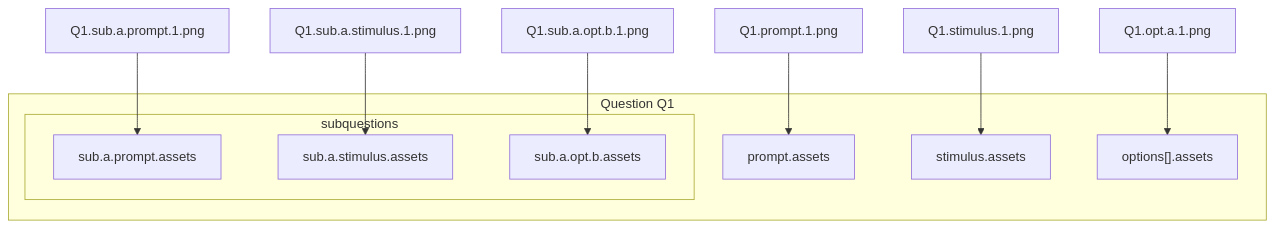
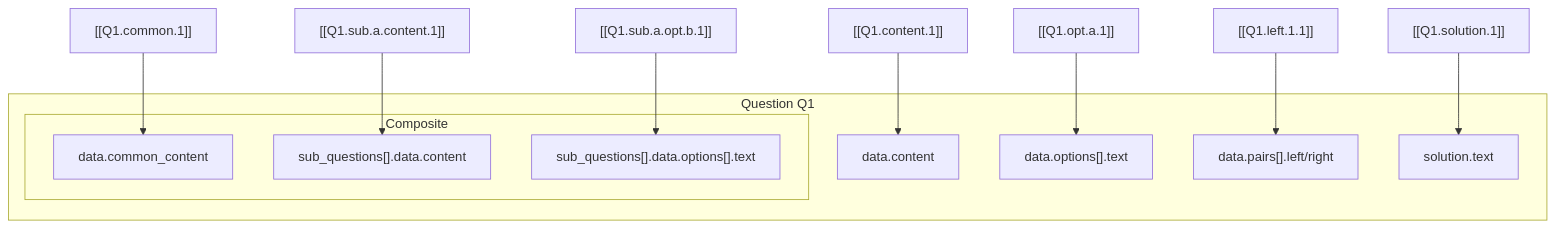
Before and after one commit to abhishekbiswas/AssessmentGenerator: the first of 2 diagrams in docs/image-tagging-strategy.md, drawn with Mermaid. The commit also changed other lines of this file and 2 other files, not shown here.

Commit message:
moving to new schema

````diff
--- a/docs/image-tagging-strategy.md
+++ b/docs/image-tagging-strategy.md
@@ -39,21 +48,24 @@
 ```mermaid
 graph TD
     subgraph question [Question Q1]
-        P["prompt.assets"]
-        S["stimulus.assets"]
-        O["options[].assets"]
+        C["data.content"]
+        O["data.options[].text"]
+        P["data.pairs[].left/right"]
         
-        subgraph subq [subquestions]
-            SP["sub.a.prompt.assets"]
-            SS["sub.a.stimulus.assets"]
-            SO["sub.a.opt.b.assets"]
+        subgraph composite [Composite]
+            CC["data.common_content"]
+            SC["sub_questions[].data.content"]
+            SO["sub_questions[].data.options[].text"]
         end
+        
+        SOL["solution.text"]
     end
     
-    I1["Q1.prompt.1.png"] --> P
-    I2["Q1.stimulus.1.png"] --> S
-    I3["Q1.opt.a.1.png"] --> O
-    I4["Q1.sub.a.prompt.1.png"] --> SP
-    I5["Q1.sub.a.stimulus.1.png"] --> SS
-    I6["Q1.sub.a.opt.b.1.png"] --> SO
+    I1["[[Q1.content.1]]"] --> C
+    I2["[[Q1.opt.a.1]]"] --> O
+    I3["[[Q1.left.1.1]]"] --> P
+    I4["[[Q1.common.1]]"] --> CC
+    I5["[[Q1.sub.a.content.1]]"] --> SC
+    I6["[[Q1.sub.a.opt.b.1]]"] --> SO
+    I7["[[Q1.solution.1]]"] --> SOL
 ```
````
